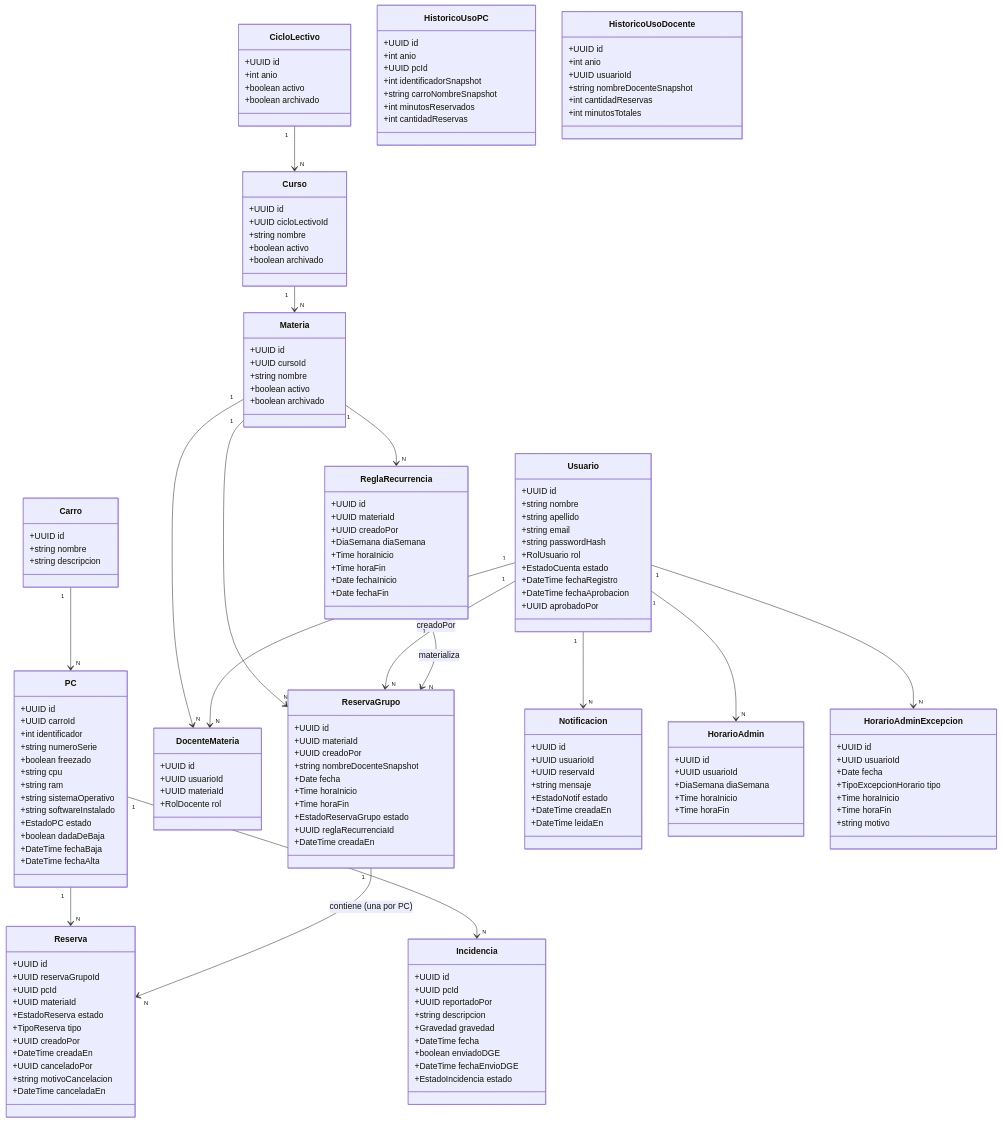
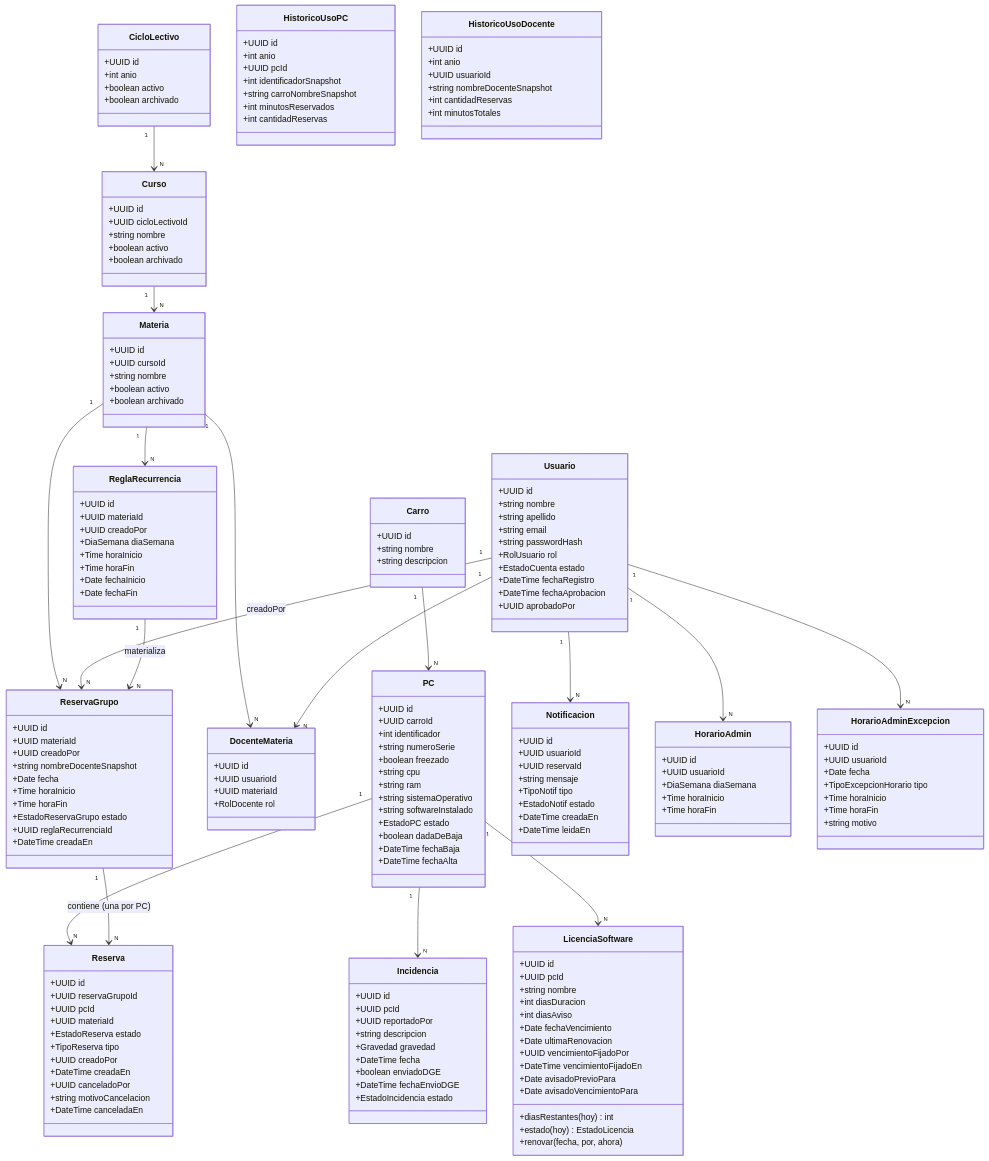
One commit to agustin-y2k/sgrc changed the diagram in docs/03-diagrama-clases.md. Above: the diagram before and after it, drawn with Mermaid. The commit also changed other lines of this file and 46 other files, not shown here.

```diff
--- a/docs/03-diagrama-clases.md
+++ b/docs/03-diagrama-clases.md
@@ -35,6 +35,23 @@
         +boolean dadaDeBaja
         +DateTime fechaBaja
         +DateTime fechaAlta
+    }
+
+    class LicenciaSoftware {
+        +UUID id
+        +UUID pcId
+        +string nombre
+        +int diasDuracion
+        +int diasAviso
+        +Date fechaVencimiento
+        +Date ultimaRenovacion
+        +UUID vencimientoFijadoPor
+        +DateTime vencimientoFijadoEn
+        +Date avisadoPrevioPara
+        +Date avisadoVencimientoPara
+        +diasRestantes(hoy) int
+        +estado(hoy) EstadoLicencia
+        +renovar(fecha, por, ahora)
     }
 
     class Incidencia {
@@ -122,6 +139,7 @@
         +UUID usuarioId
         +UUID reservaId
         +string mensaje
+        +TipoNotif tipo
         +EstadoNotif estado
         +DateTime creadaEn
         +DateTime leidaEn
@@ -166,6 +184,7 @@
 
     Carro "1" --> "N" PC
     PC "1" --> "N" Incidencia
+    PC "1" --> "N" LicenciaSoftware
     PC "1" --> "N" Reserva
     CicloLectivo "1" --> "N" Curso
     Curso "1" --> "N" Materia
```
